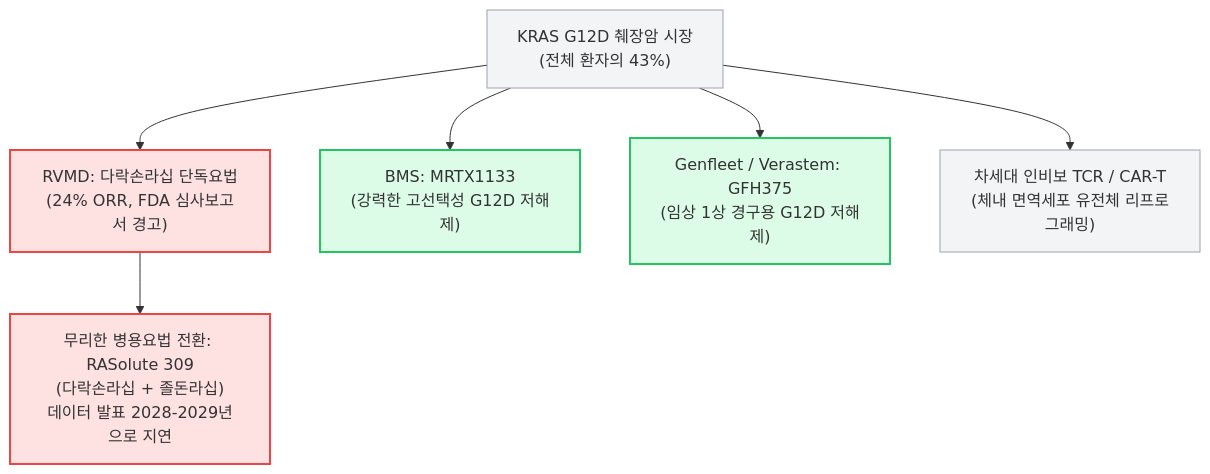
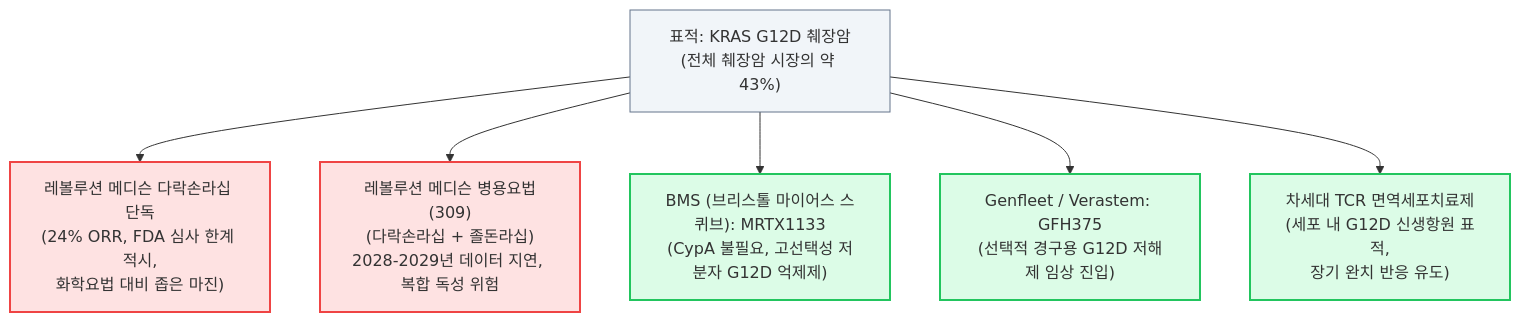
Before and after one commit to duksaramio/myblog-2026: the second of 2 diagrams in apps/market-site/src/content/blog_ko/2026-10-08-revolution-medicines-rvmd-fda-review-g12d-insider-selling-deep-dive.md, drawn with Mermaid. The commit also changed other lines of this file and 2 other files, not shown here.

Commit message:
refactor(rvmd): upgrade RVMD deep dive to 8-phase Browne & Keeley critical thinking standard across EN, KO, and ZH

````diff
--- a/apps/market-site/src/content/blog_ko/2026-10-08-revolution-medicines-rvmd-fda-review-g12d-insider-selling-deep-dive.md
+++ b/apps/market-site/src/content/blog_ko/2026-10-08-revolution-medicines-rvmd-fda-review-g12d-insider-selling-deep-dive.md
@@ -238,15 +258,15 @@
 ```mermaid
 flowchart TD
-    classDef danger fill:#fee2e2,stroke:#ef4444,stroke-width:2px;
-    classDef neutral fill:#f3f4f6,stroke:#9ca3af,stroke-width:1px;
-    classDef success fill:#dcfce7,stroke:#22c55e,stroke-width:2px;
+    classDef target fill:#f1f5f9,stroke:#64748b,stroke-width:1px;
+    classDef rvmd fill:#fee2e2,stroke:#ef4444,stroke-width:2px;
+    classDef comp fill:#dcfce7,stroke:#22c55e,stroke-width:2px;
 
-    Target["KRAS G12D 췌장암 시장<br>(전체 환자의 43%)"]:::neutral
+    T["표적: KRAS G12D 췌장암<br>(전체 췌장암 시장의 약 43%)"]:::target
 
-    Target --> RevMed["RVMD: 다락손라십 단독요법<br>(24% ORR, FDA 심사보고서 경고)"]:::danger
-    Target --> Comp1["BMS: MRTX1133<br>(강력한 고선택성 G12D 저해제)"]:::success
-    Target --> Comp2["Genfleet / Verastem: GFH375<br>(임상 1상 경구용 G12D 저해제)"]:::success
-    Target --> Comp3["차세대 인비보 TCR / CAR-T<br>(체내 면역세포 유전체 리프로그래밍)"]:::neutral
+    T --> RV1["레볼루션 메디슨 다락손라십 단독<br>(24% ORR, FDA 심사 한계 적시,<br>화학요법 대비 좁은 마진)"]:::rvmd
+    T --> RV2["레볼루션 메디슨 병용요법(309)<br>(다락손라십 + 졸돈라십)<br>2028-2029년 데이터 지연, 복합 독성 위험"]:::rvmd
 
-    RevMed --> DesperatePivot["무리한 병용요법 전환: RASolute 309<br>(다락손라십 + 졸돈라십)<br>데이터 발표 2028-2029년으로 지연"]:::danger
+    T --> C1["BMS (브리스톨 마이어스 스퀴브): MRTX1133<br>(CypA 불필요, 고선택성 저분자 G12D 억제제)"]:::comp
+    T --> C2["Genfleet / Verastem: GFH375<br>(선택적 경구용 G12D 저해제 임상 진입)"]:::comp
+    T --> C3["차세대 TCR 면역세포치료제<br>(세포 내 G12D 신생항원 표적,<br>장기 완치 반응 유도)"]:::comp
 ```
````
